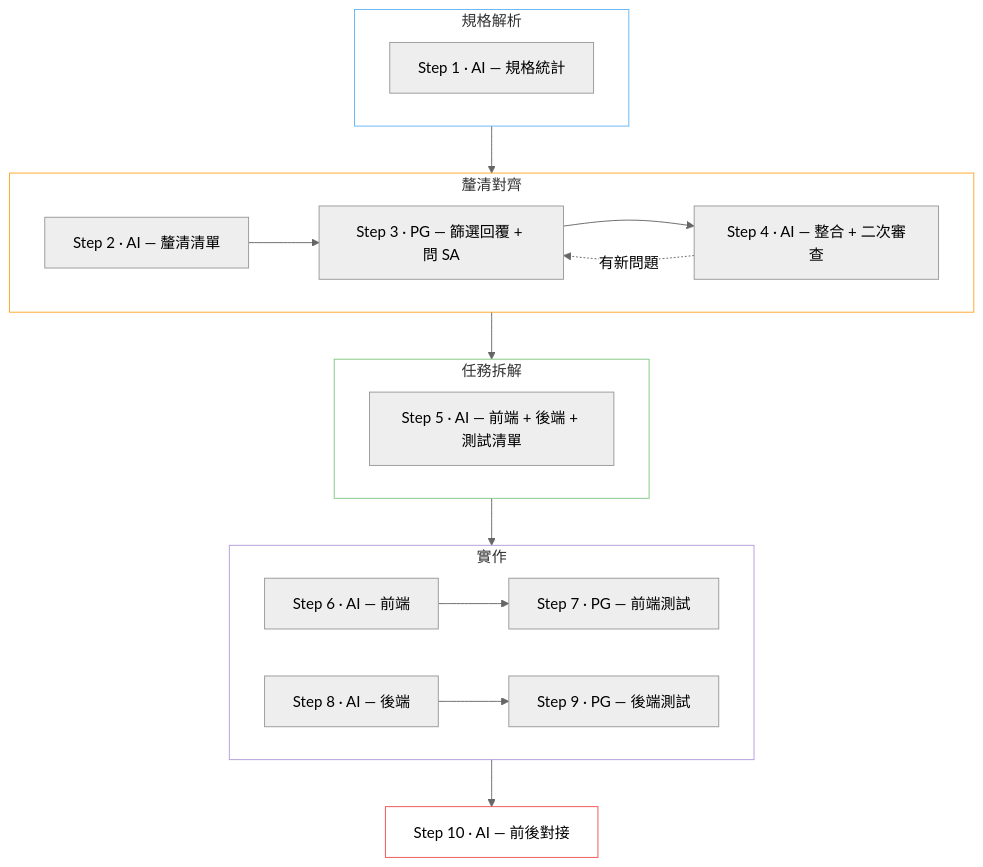
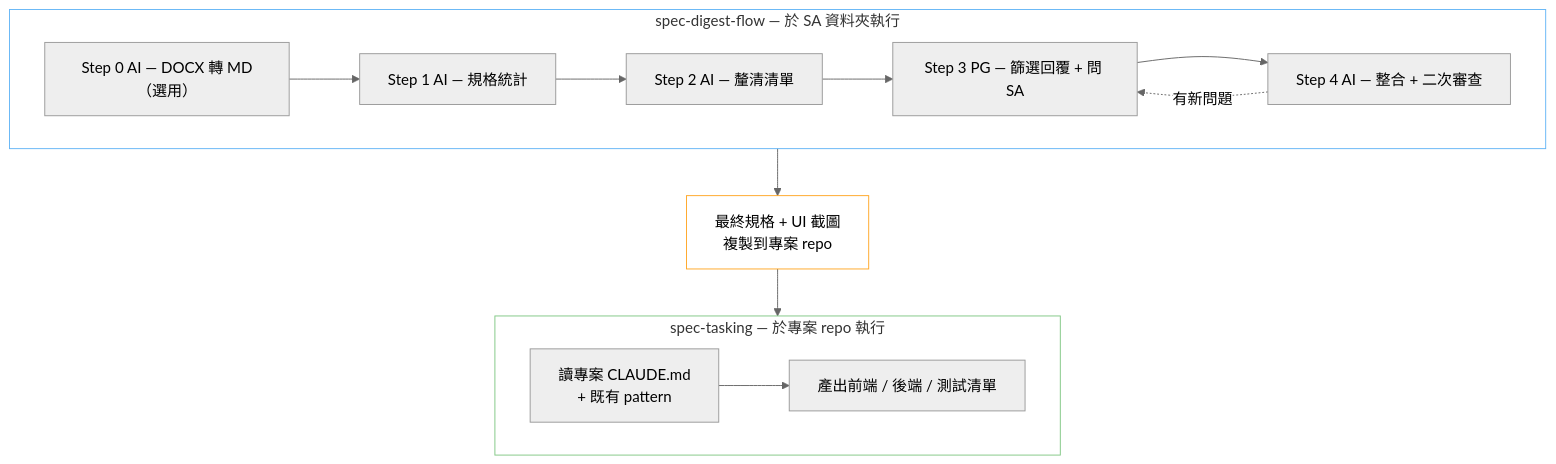
The first of 2 diagrams in README.md (brahmsfan-soetek/AiCoding), drawn with Mermaid (neutral theme) before and after one commit. The commit also changed other lines of this file and 9 other files, not shown here.

First line of the commit message:
refactor: 拆分 spec-digest-flow 為 S0–S4 + 獨立 spec-tasking SKILL

````diff
--- a/README.md
+++ b/README.md
@@ -84,34 +32,28 @@
 ```mermaid
 graph TD
-    subgraph PARSE[規格解析]
-        S1["Step 1 · AI — 規格統計"]
+    subgraph DIGEST["spec-digest-flow — 於 SA 資料夾執行"]
+        direction LR
+        S0["Step 0 AI — DOCX 轉 MD（選用）"]
+        S1["Step 1 AI — 規格統計"]
+        S2["Step 2 AI — 釐清清單"]
+        S3["Step 3 PG — 篩選回覆 + 問 SA"]
+        S4["Step 4 AI — 整合 + 二次審查"]
+        S0 --> S1 --> S2 --> S3 --> S4
+        S4 -.有新問題.-> S3
     end
 
-    subgraph CLARIFY[釐清對齊]
-        S2["Step 2 · AI — 釐清清單"]
-        S3["Step 3 · PG — 篩選回覆 + 問 SA"]
-        S4["Step 4 · AI — 整合 + 二次審查"]
-        S2 --> S3 --> S4
-        S4 -. 有新問題 .-> S3
+    HANDOFF["最終規格 + UI 截圖<br/>複製到專案 repo"]
+
+    subgraph TASKING["spec-tasking — 於專案 repo 執行"]
+        direction LR
+        T1["讀專案 CLAUDE.md<br/>+ 既有 pattern"]
+        T2["產出前端 / 後端 / 測試清單"]
+        T1 --> T2
     end
 
-    subgraph TASK[任務拆解]
-        S5["Step 5 · AI — 前端 + 後端 + 測試清單"]
-    end
+    DIGEST --> HANDOFF --> TASKING
 
-    subgraph IMPL[實作]
-        direction LR
-        S6["Step 6 · AI — 前端"] --> S7["Step 7 · PG — 前端測試"]
-        S8["Step 8 · AI — 後端"] --> S9["Step 9 · PG — 後端測試"]
-    end
-
-    S10["Step 10 · AI — 前後對接"]
-
-    PARSE --> CLARIFY --> TASK --> IMPL --> S10
-
-    style PARSE fill:none,stroke:#64b5f6
-    style CLARIFY fill:none,stroke:#ffa726
-    style TASK fill:none,stroke:#81c784
-    style IMPL fill:none,stroke:#b39ddb
-    style S10 fill:none,stroke:#ef5350
+    style DIGEST fill:none,stroke:#64b5f6
+    style HANDOFF fill:none,stroke:#ffa726
+    style TASKING fill:none,stroke:#81c784
 ```
````
